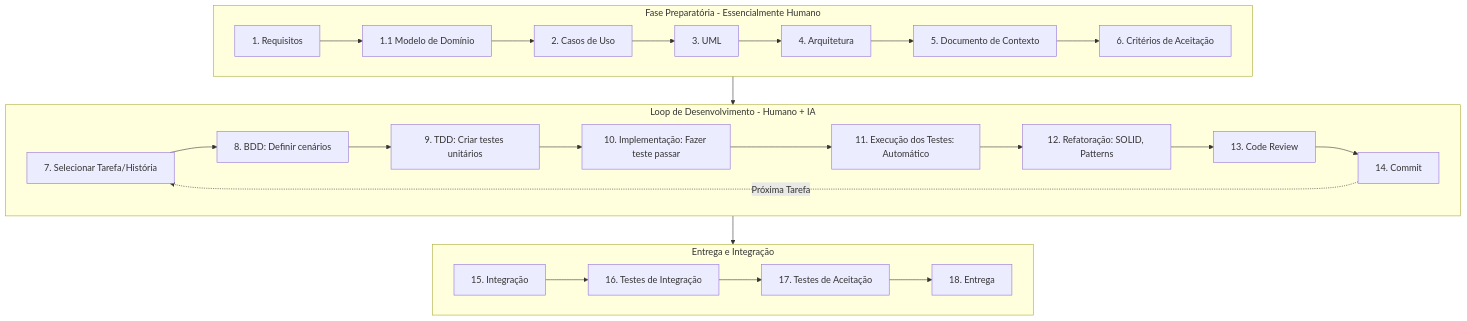
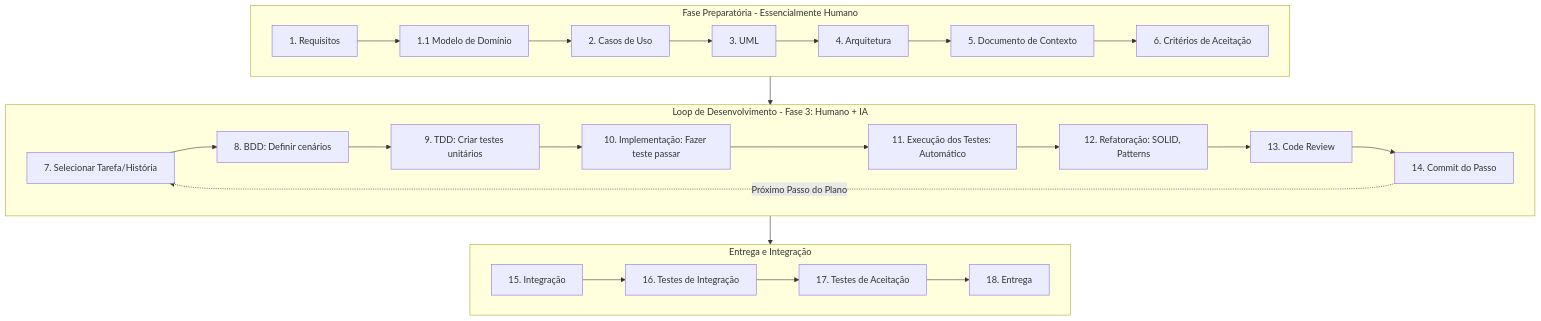
Before and after one commit to Abner-Guimaraes/SistemaAcademico: the diagram in docs/alma.md, drawn with Mermaid. The commit also changed other lines of this file and 3 other files, not shown here.

````diff
--- a/docs/alma.md
+++ b/docs/alma.md
@@ -11,34 +41,35 @@
 ```mermaid
 graph TD
     %% Fase Preparatória
     subgraph Preparacao[Fase Preparatória - Essencialmente Humano]
         A[1. Requisitos] --> B[1.1 Modelo de Domínio]
         B --> C[2. Casos de Uso]
         C --> D[3. UML]
         D --> E[4. Arquitetura]
         E --> F[5. Documento de Contexto]
         F --> G[6. Critérios de Aceitação]
     end
 
-    %% Loop de Desenvolvimento
-    subgraph LoopDesenvolvimento[Loop de Desenvolvimento - Humano + IA]
+    %% Loop de Desenvolvimento (Fase 3 da IA)
+    subgraph LoopDesenvolvimento[Loop de Desenvolvimento - Fase 3: Humano + IA]
         H[7. Selecionar Tarefa/História] --> I[8. BDD: Definir cenários]
         I --> J[9. TDD: Criar testes unitários]
         J --> K[10. Implementação: Fazer teste passar]
         K --> L[11. Execução dos Testes: Automático]
         L --> M[12. Refatoração: SOLID, Patterns]
         M --> N[13. Code Review]
-        N --> O[14. Commit]
-        O -.->|Próxima Tarefa| H
+        N --> O[14. Commit do Passo]
+        O -.->|Próximo Passo do Plano| H
     end
 
     %% Fim do Loop
     subgraph PosLoop[Entrega e Integração]
         P[15. Integração] --> Q[16. Testes de Integração]
         Q --> R[17. Testes de Aceitação]
         R --> S[18. Entrega]
     end
 
     Preparacao --> LoopDesenvolvimento
     LoopDesenvolvimento --> PosLoop
+
 ```
````
